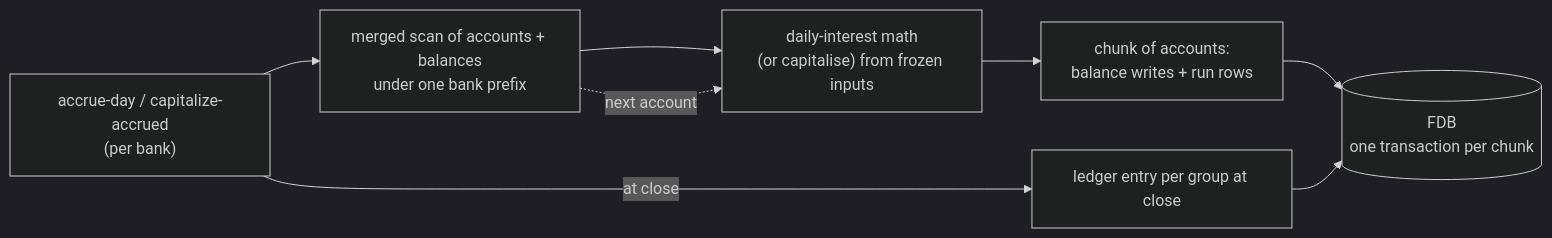
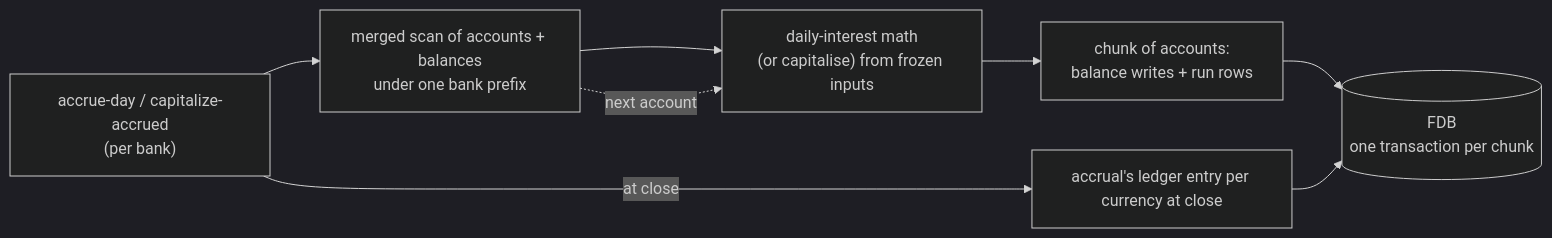
The first of 2 diagrams in docs/tdd/interest.md (repldriven/queenswood), drawn with Mermaid (dark theme) before and after one commit. The commit also changed other lines of this file and 42 other files, not shown here.

````diff
--- a/docs/tdd/interest.md
+++ b/docs/tdd/interest.md
@@ -93,17 +94,17 @@
 ```mermaid
 graph LR
     CMD["accrue-day / capitalize-accrued<br/>(per bank)"]
     SCAN["merged scan of accounts + balances<br/>under one bank prefix"]
     CALC["daily-interest math<br/>(or capitalise) from frozen inputs"]
     CHUNK["chunk of accounts:<br/>balance writes + run rows"]
     FDB[("FDB<br/>one transaction per chunk")]
-    ENTRY["ledger entry per group at close"]
+    ENTRY["accrual's ledger entry per currency at close"]
 
     CMD --> SCAN
     SCAN --> CALC
     CALC --> CHUNK
     CHUNK --> FDB
     SCAN -.->|"next account"| CALC
     CMD -->|"at close"| ENTRY
     ENTRY --> FDB
 ```
````
